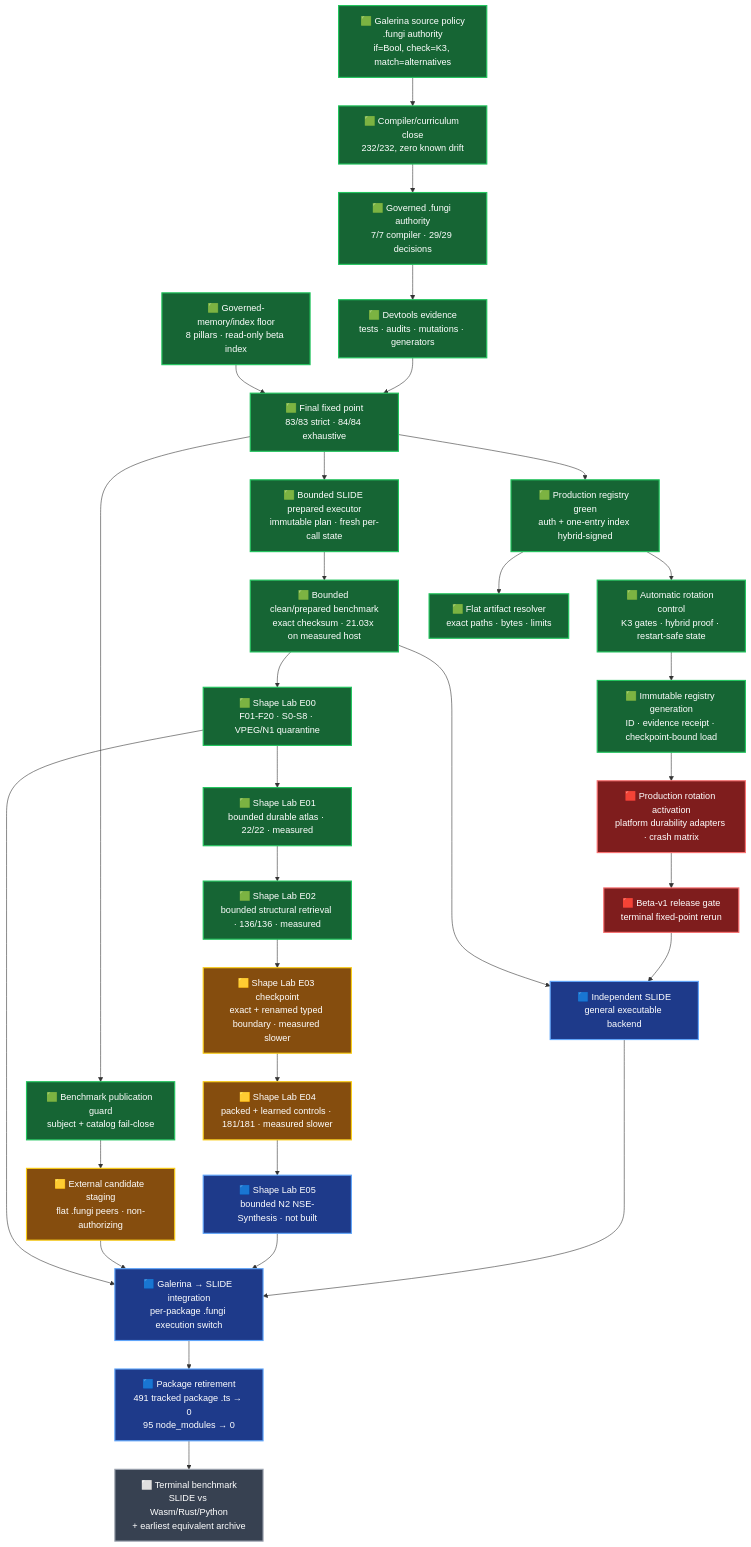
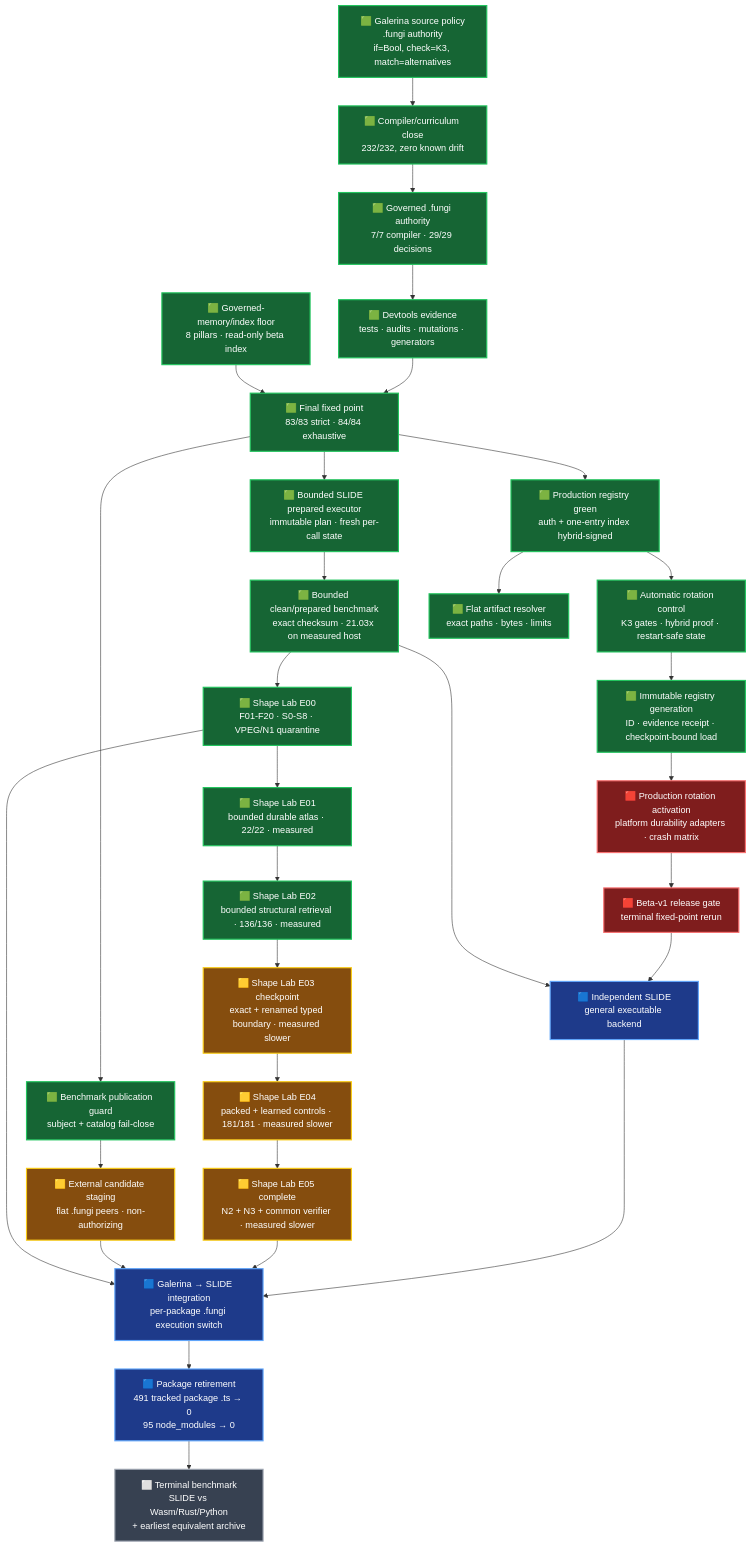
One commit to TritHypha/Deveolpment-runtime-fungi-gate changed the diagram in docs/roadmap-2026-07-29-galerina-beta-v1-to-slide.md. Above: the diagram before and after it, drawn with Mermaid. The commit also changed other lines of this file and 1 other file, not shown here.

Commit message:
docs: synchronize final Shape Lab E05

````diff
--- a/docs/roadmap-2026-07-29-galerina-beta-v1-to-slide.md
+++ b/docs/roadmap-2026-07-29-galerina-beta-v1-to-slide.md
@@ -22,51 +22,51 @@
 ```mermaid
 flowchart TB
     A["🟩 Galerina source policy<br/>.fungi authority<br/>if=Bool, check=K3, match=alternatives"]
     B["🟩 Compiler/curriculum close<br/>232/232, zero known drift"]
     C["🟩 Governed .fungi authority<br/>7/7 compiler · 29/29 decisions"]
     D["🟩 Devtools evidence<br/>tests · audits · mutations · generators"]
     E["🟩 Final fixed point<br/>83/83 strict · 84/84 exhaustive"]
     R["🟩 Automatic rotation control<br/>K3 gates · hybrid proof · restart-safe state"]
     Y["🟩 Immutable registry generation<br/>ID · evidence receipt · checkpoint-bound load"]
     X["🟥 Production rotation activation<br/>platform durability adapters · crash matrix"]
     F["🟥 Beta-v1 release gate<br/>terminal fixed-point rerun"]
     G["🟩 Production registry green<br/>auth + one-entry index hybrid-signed"]
     H["🟦 Independent SLIDE<br/>general executable backend"]
     S["🟩 Bounded SLIDE prepared executor<br/>immutable plan · fresh per-call state"]
     L["🟩 Bounded clean/prepared benchmark<br/>exact checksum · 21.03x on measured host"]
     Q["🟨 External candidate staging<br/>flat .fungi peers · non-authorizing"]
     K["🟩 Benchmark publication guard<br/>subject + catalog fail-close"]
     I["🟦 Galerina → SLIDE integration<br/>per-package .fungi execution switch"]
     T["🟦 Package retirement<br/>491 tracked package .ts → 0<br/>95 node_modules → 0"]
     J["⬜ Terminal benchmark<br/>SLIDE vs Wasm/Rust/Python<br/>+ earliest equivalent archive"]
     P["🟩 Flat artifact resolver<br/>exact paths · bytes · limits"]
     M["🟩 Shape Lab E00<br/>F01-F20 · S0-S8 · VPEG/N1 quarantine"]
     U["🟩 Shape Lab E01<br/>bounded durable atlas · 22/22 · measured"]
     V["🟩 Shape Lab E02<br/>bounded structural retrieval · 136/136 · measured"]
     W["🟨 Shape Lab E03 checkpoint<br/>exact + renamed typed boundary · measured slower"]
     AA["🟨 Shape Lab E04<br/>packed + learned controls · 181/181 · measured slower"]
-    AB["🟦 Shape Lab E05<br/>bounded N2 NSE-Synthesis · not built"]
+    AB["🟨 Shape Lab E05 complete<br/>N2 + N3 + common verifier · measured slower"]
     Z["🟩 Governed-memory/index floor<br/>8 pillars · read-only beta index"]
 
     A --> B --> C --> D --> E --> G --> R --> Y --> X --> F --> H --> I --> T --> J
     Z --> E
     G --> P
     L --> M --> U --> V --> W --> AA --> AB
     AB --> I
     E --> K --> Q
     E --> S --> L --> H
     Q --> I
     M --> I
 
     classDef green fill:#166534,color:#ffffff,stroke:#22c55e,stroke-width:2px;
     classDef amber fill:#854d0e,color:#ffffff,stroke:#facc15,stroke-width:2px;
     classDef red fill:#7f1d1d,color:#ffffff,stroke:#f87171,stroke-width:2px;
     classDef blue fill:#1e3a8a,color:#ffffff,stroke:#60a5fa,stroke-width:2px;
     classDef grey fill:#374151,color:#ffffff,stroke:#9ca3af,stroke-width:2px;
     class A,B,C,D,E,G,R,Y,Z,K,S,L,M,U,V green;
     class X,F red;
-    class Q,W,AA amber;
-    class H,I,T,AB blue;
+    class Q,W,AA,AB amber;
+    class H,I,T blue;
     class P green;
     class J grey;
 ```
````
